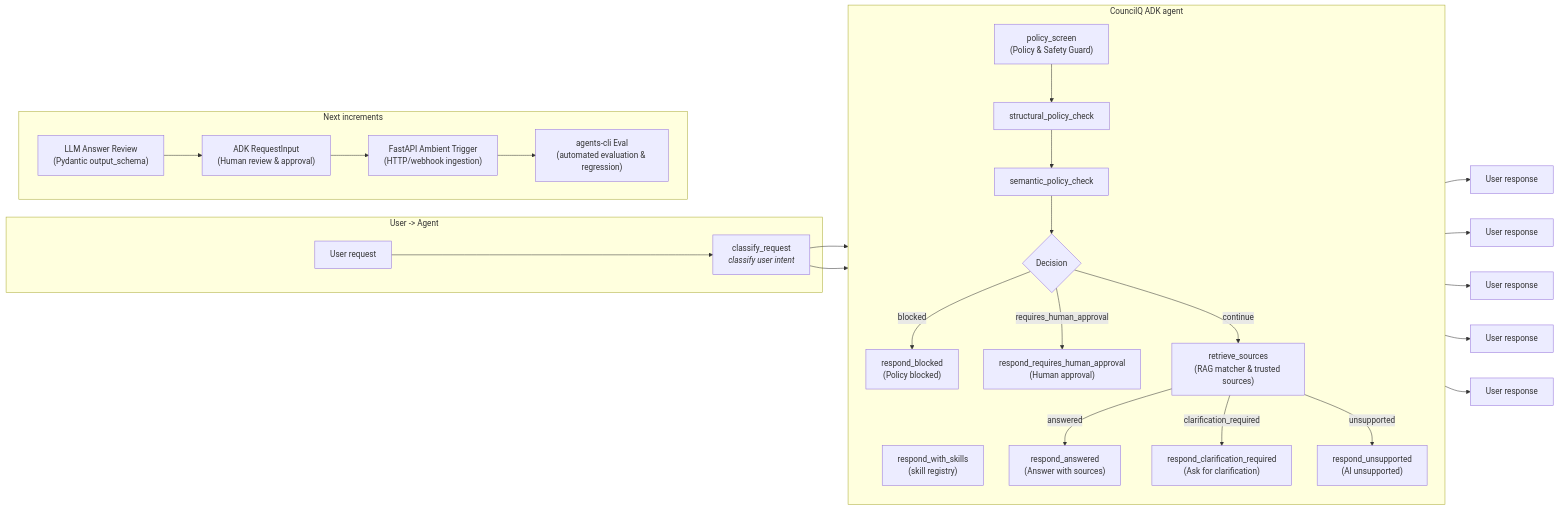
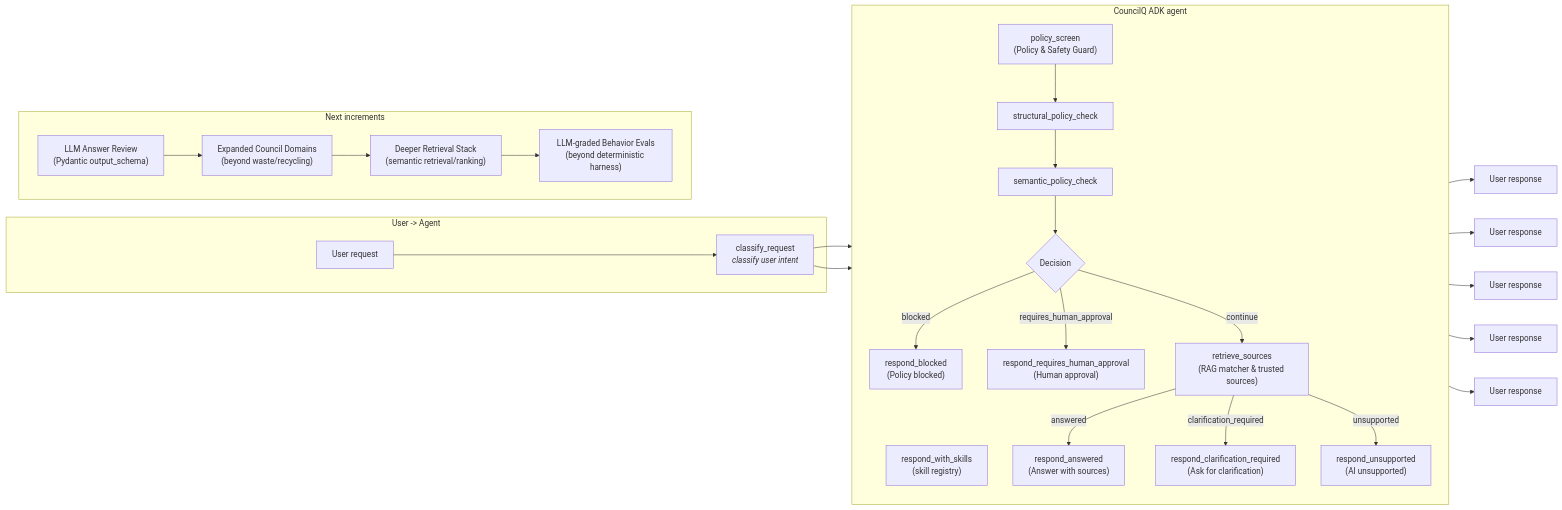
Before and after one commit to Ramisa1231/CouncilQ: the diagram in README.md, drawn with Mermaid. The commit also changed other lines of this file and 19 other files, not shown here.

Commit message:
Implement MVP docs, eval harness, structured sources, live retrieval, and API

````diff
--- a/README.md
+++ b/README.md
@@ -52,41 +54,41 @@
 ```mermaid
 flowchart LR
 	subgraph user_flow [User -> Agent]
 		U["User request"] --> C[classify_request<br/><i>classify user intent</i>]
 	end
 
 	subgraph core_agent [CouncilQ ADK agent]
 		direction TB
 		C --> S["respond_with_skills<br/>(skill registry)"]
 		C --> P["policy_screen<br/>(Policy & Safety Guard)"]
 
 		P --> PS1["structural_policy_check"]
 		PS1 --> PS2["semantic_policy_check"]
 		PS2 --> DEC{"Decision"}
 
 		DEC -->|blocked| RB["respond_blocked<br/>(Policy blocked)"]
 		DEC -->|requires_human_approval| RH["respond_requires_human_approval<br/>(Human approval)"]
 		DEC -->|continue| RET["retrieve_sources<br/>(RAG matcher & trusted sources)"]
 
 		RET -->|answered| RA["respond_answered<br/>(Answer with sources)"]
 		RET -->|clarification_required| RC["respond_clarification_required<br/>(Ask for clarification)"]
 		RET -->|unsupported| RU["respond_unsupported<br/>(AI unsupported)"]
 	end
 
 	%% show connections to final responses
 	RB --> OUT1["User response"]
 	RH --> OUT2["User response"]
 	RA --> OUT3["User response"]
 	RC --> OUT4["User response"]
 	RU --> OUT5["User response"]
 
 	%% Next increments (roadmap)
 	subgraph next [Next increments]
 		direction LR
 		A1["LLM Answer Review<br/>(Pydantic output_schema)"]
-		A2["ADK RequestInput<br/>(Human review & approval)"]
-		A3["FastAPI Ambient Trigger<br/>(HTTP/webhook ingestion)"]
-		A4["agents-cli Eval<br/>(automated evaluation & regression)"]
+		A2["Expanded Council Domains<br/>(beyond waste/recycling)"]
+		A3["Deeper Retrieval Stack<br/>(semantic retrieval/ranking)"]
+		A4["LLM-graded Behavior Evals<br/>(beyond deterministic harness)"]
 		A1 --> A2 --> A3 --> A4
 	end
 ```
````
